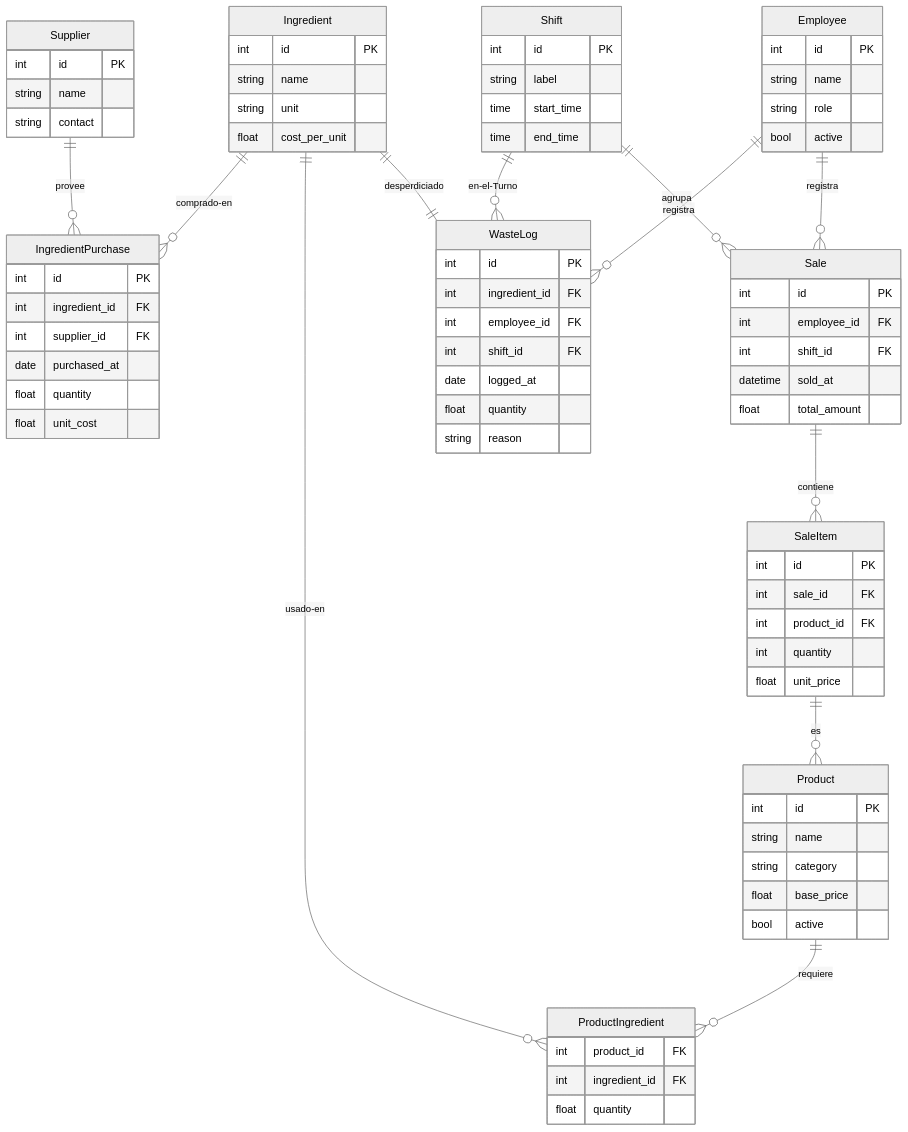
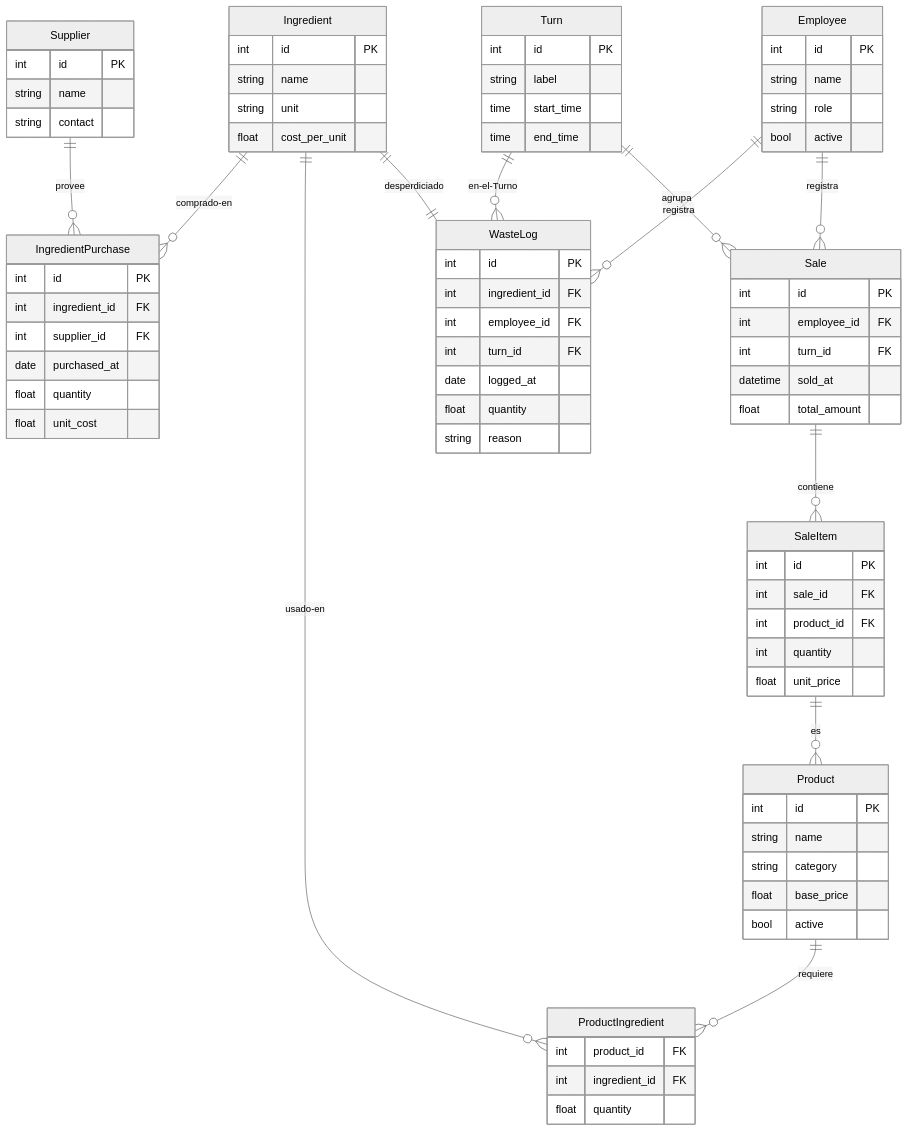
One commit to Arustico/coffee-kpi-dashboard changed the diagram in doc-modelo-datos.md. Above: the diagram before and after it, drawn with Mermaid (neutral theme). The commit also changed other lines of this file, not shown here.

```diff
--- a/doc-modelo-datos.md
+++ b/doc-modelo-datos.md
@@ -93,9 +86,9 @@
         float cost_per_unit
     }
     
-    Shift ||--o{ WasteLog : en-el-Turno
-    Shift ||--o{ Sale : agrupa
-    Shift {
+    Turn ||--o{ WasteLog : en-el-Turno
+    Turn ||--o{ Sale : agrupa
+    Turn {
         int id PK
         string label
         time start_time
@@ -124,7 +117,7 @@
         int id PK
         int ingredient_id FK
         int employee_id FK
-        int shift_id FK
+        int turn_id FK
         date logged_at 
         float quantity
         string reason
@@ -134,7 +127,7 @@
     Sale {
         int id PK
         int employee_id FK
-        int shift_id FK
+        int turn_id FK
         datetime sold_at
         float total_amount
     }
```
